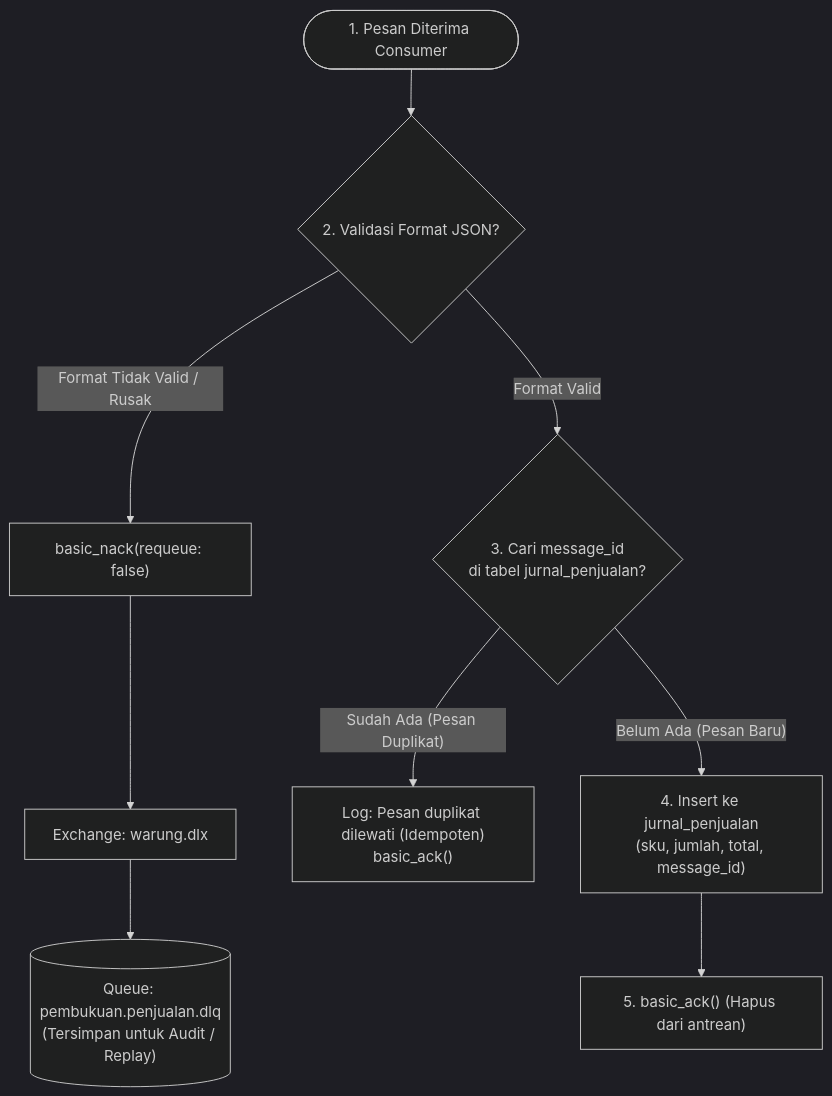
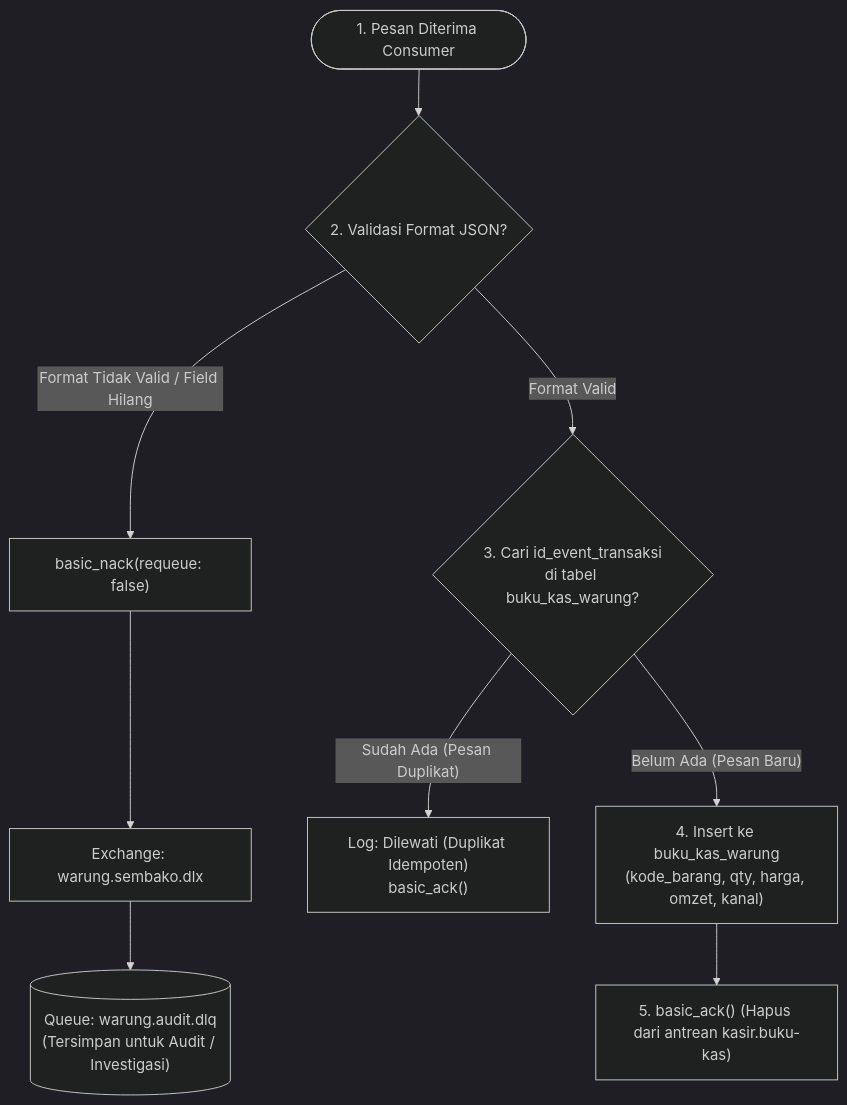
One commit to jackalwyssad/warung-ibu-beti changed the third of 3 diagrams in README.md. Above: the diagram before and after it, drawn with Mermaid (dark theme). The commit also changed other lines of this file and 40 other files, not shown here.

````diff
--- a/README.md
+++ b/README.md
@@ -169,13 +170,13 @@
 ```mermaid
 flowchart TD
     Start([1. Pesan Diterima Consumer]) --> ParseJSON{2. Validasi Format JSON?}
     
-    ParseJSON -- Format Tidak Valid / Rusak --> NackDLQ["basic_nack(requeue: false)"]
-    NackDLQ --> DLX["Exchange: warung.dlx"]
-    DLX --> QueueDLQ[("Queue: pembukuan.penjualan.dlq<br/>(Tersimpan untuk Audit / Replay)")]
+    ParseJSON -- Format Tidak Valid / Field Hilang --> NackDLQ["basic_nack(requeue: false)"]
+    NackDLQ --> DLX["Exchange: warung.sembako.dlx"]
+    DLX --> QueueDLQ[("Queue: warung.audit.dlq<br/>(Tersimpan untuk Audit / Investigasi)")]
     
-    ParseJSON -- Format Valid --> CekMsgId{"3. Cari message_id<br/>di tabel jurnal_penjualan?"}
-    CekMsgId -- Sudah Ada (Pesan Duplikat) --> AckDup["Log: Pesan duplikat dilewati (Idempoten)<br/>basic_ack()"]
-    CekMsgId -- Belum Ada (Pesan Baru) --> InsertDB["4. Insert ke jurnal_penjualan<br/>(sku, jumlah, total, message_id)"]
-    InsertDB --> AckSukses["5. basic_ack() (Hapus dari antrean)"]
+    ParseJSON -- Format Valid --> CekMsgId{"3. Cari id_event_transaksi<br/>di tabel buku_kas_warung?"}
+    CekMsgId -- Sudah Ada (Pesan Duplikat) --> AckDup["Log: Dilewati (Duplikat Idempoten)<br/>basic_ack()"]
+    CekMsgId -- Belum Ada (Pesan Baru) --> InsertDB["4. Insert ke buku_kas_warung<br/>(kode_barang, qty, harga, omzet, kanal)"]
+    InsertDB --> AckSukses["5. basic_ack() (Hapus dari antrean kasir.buku-kas)"]
 ```
````
